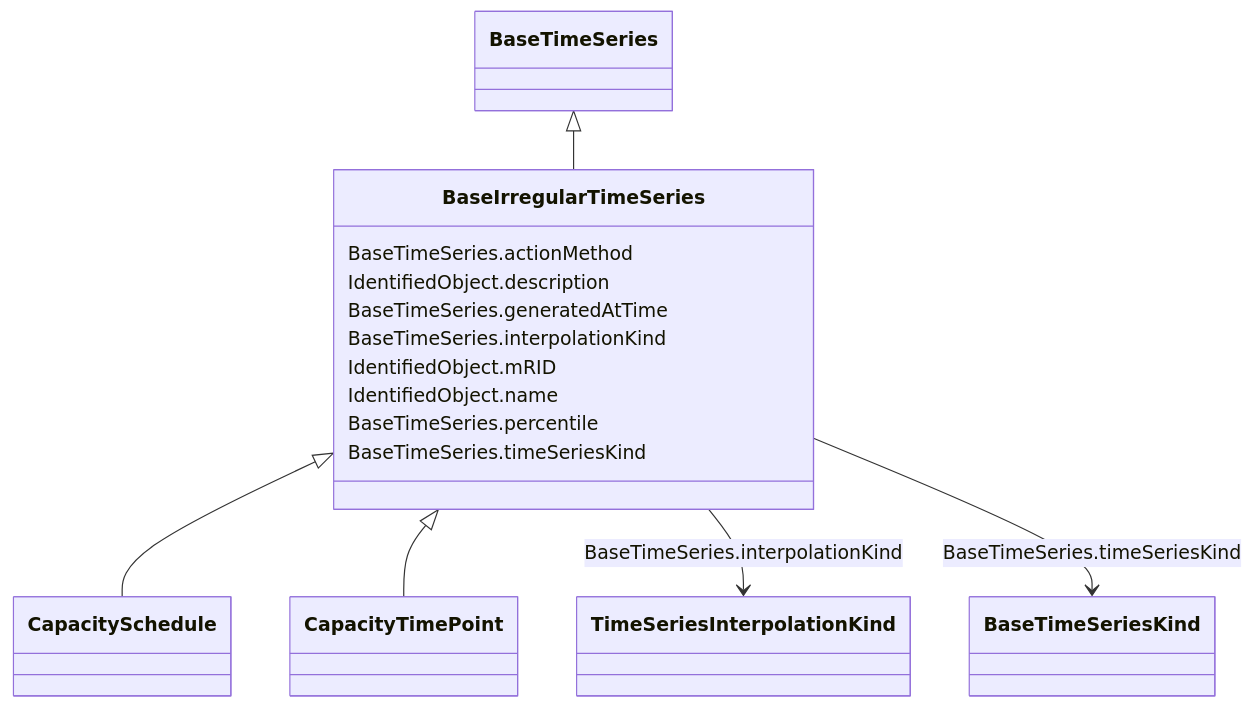
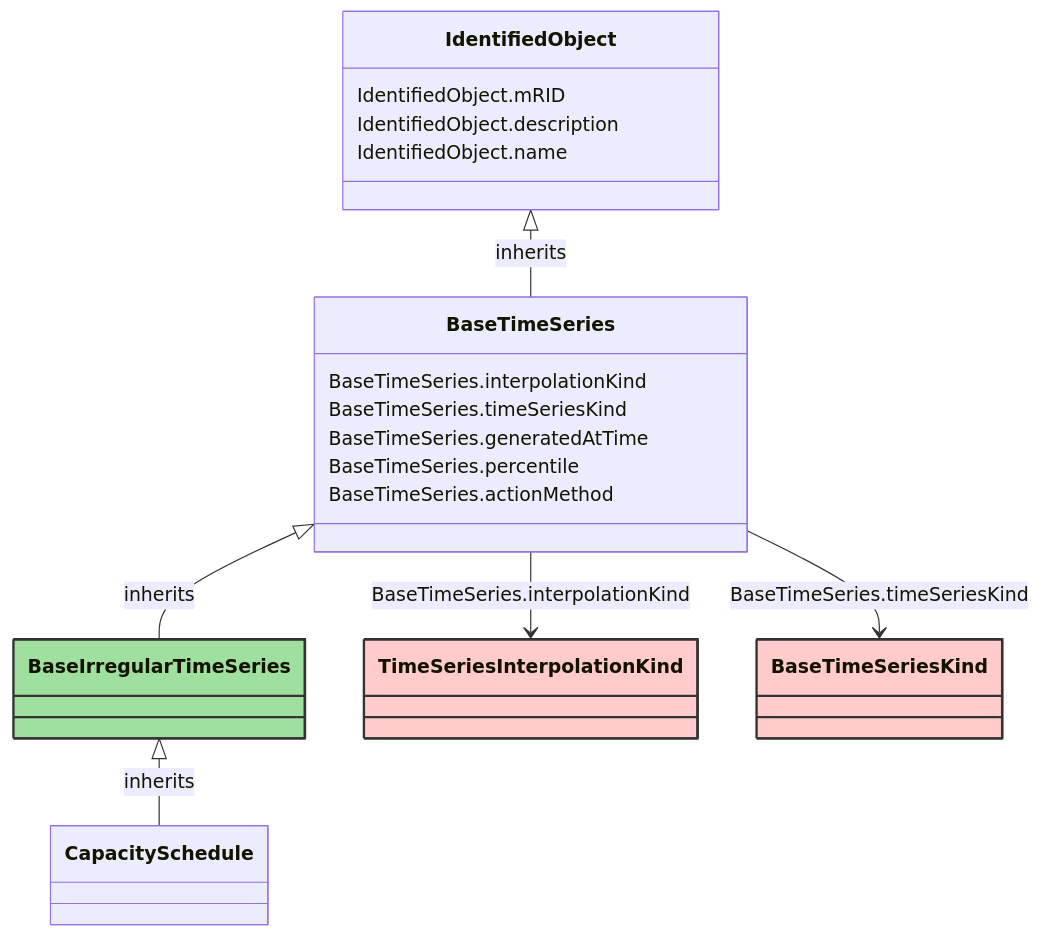
The diagram in docs/WattApp/BaseIrregularTimeSeries.md (3lbits/NoCIMExtensions), drawn with Mermaid before and after one commit. The commit also changed other lines of this file and 60 other files, not shown here.

````diff
--- a/docs/WattApp/BaseIrregularTimeSeries.md
+++ b/docs/WattApp/BaseIrregularTimeSeries.md
@@ -13,38 +10,43 @@
 ```mermaid
- classDiagram
+classDiagram
     class BaseIrregularTimeSeries
     click BaseIrregularTimeSeries href "../BaseIrregularTimeSeries"
-      BaseTimeSeries <|-- BaseIrregularTimeSeries
-        click BaseTimeSeries href "../BaseTimeSeries"
-      
+    style BaseIrregularTimeSeries fill:#9fdf9f,stroke:#333,stroke-width:2px,rx:10,ry:10
 
-      BaseIrregularTimeSeries <|-- CapacitySchedule
-        click CapacitySchedule href "../CapacitySchedule"
-      BaseIrregularTimeSeries <|-- CapacityTimePoint
-        click CapacityTimePoint href "../CapacityTimePoint"
-      
-      
-      BaseIrregularTimeSeries : BaseTimeSeries.actionMethod
-        
-      BaseIrregularTimeSeries : IdentifiedObject.description
-        
-      BaseIrregularTimeSeries : BaseTimeSeries.generatedAtTime
-        
-      BaseIrregularTimeSeries : BaseTimeSeries.interpolationKind
-        
-          BaseIrregularTimeSeries --> TimeSeriesInterpolationKind : BaseTimeSeries.interpolationKind
-          click TimeSeriesInterpolationKind href "../TimeSeriesInterpolationKind"
-        
-      BaseIrregularTimeSeries : IdentifiedObject.mRID
-        
-      BaseIrregularTimeSeries : IdentifiedObject.name
-        
-      BaseIrregularTimeSeries : BaseTimeSeries.percentile
-        
-      BaseIrregularTimeSeries : BaseTimeSeries.timeSeriesKind
-        
-          BaseIrregularTimeSeries --> BaseTimeSeriesKind : BaseTimeSeries.timeSeriesKind
-          click BaseTimeSeriesKind href "../BaseTimeSeriesKind"
-        
-      
+        BaseIrregularTimeSeries <|-- CapacitySchedule : inherits
+            click BaseIrregularTimeSeries href "../BaseIrregularTimeSeries"
+            style BaseIrregularTimeSeries rx:10,ry:10
+
+        CapacitySchedule
+            click CapacitySchedule href "../CapacitySchedule"
+            style CapacitySchedule rx:10,ry:10
+
+        BaseTimeSeries <|-- BaseIrregularTimeSeries : inherits
+            click BaseTimeSeries href "../BaseTimeSeries"
+            style BaseTimeSeries rx:10,ry:10
+
+        IdentifiedObject <|-- BaseTimeSeries : inherits
+            click IdentifiedObject href "../IdentifiedObject"
+            style IdentifiedObject rx:10,ry:10
+
+
+        BaseTimeSeries --> TimeSeriesInterpolationKind : BaseTimeSeries.interpolationKind
+
+        TimeSeriesInterpolationKind
+            click TimeSeriesInterpolationKind href "../TimeSeriesInterpolationKind"
+            style TimeSeriesInterpolationKind fill:#FFCCCB,stroke:#333,stroke-width:2px,rx:10,ry:10
+        BaseTimeSeries --> BaseTimeSeriesKind : BaseTimeSeries.timeSeriesKind
+
+        BaseTimeSeriesKind
+            click BaseTimeSeriesKind href "../BaseTimeSeriesKind"
+            style BaseTimeSeriesKind fill:#FFCCCB,stroke:#333,stroke-width:2px,rx:10,ry:10
+
+        BaseTimeSeries : BaseTimeSeries.interpolationKind
+        BaseTimeSeries : BaseTimeSeries.timeSeriesKind
+        BaseTimeSeries : BaseTimeSeries.generatedAtTime
+        BaseTimeSeries : BaseTimeSeries.percentile
+        BaseTimeSeries : BaseTimeSeries.actionMethod
+        IdentifiedObject : IdentifiedObject.mRID
+        IdentifiedObject : IdentifiedObject.description
+        IdentifiedObject : IdentifiedObject.name
 ```
````
